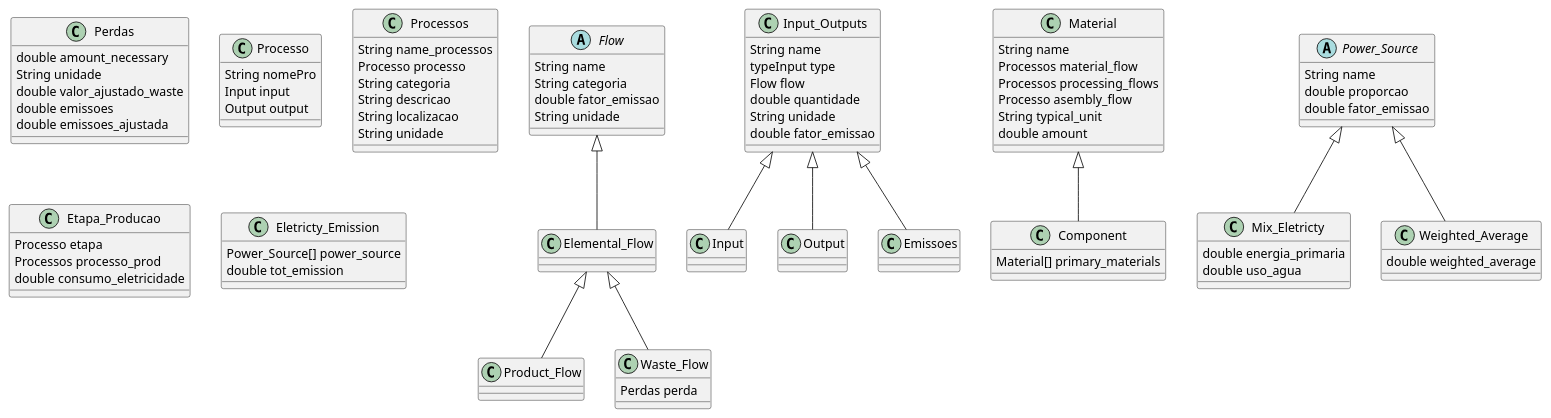
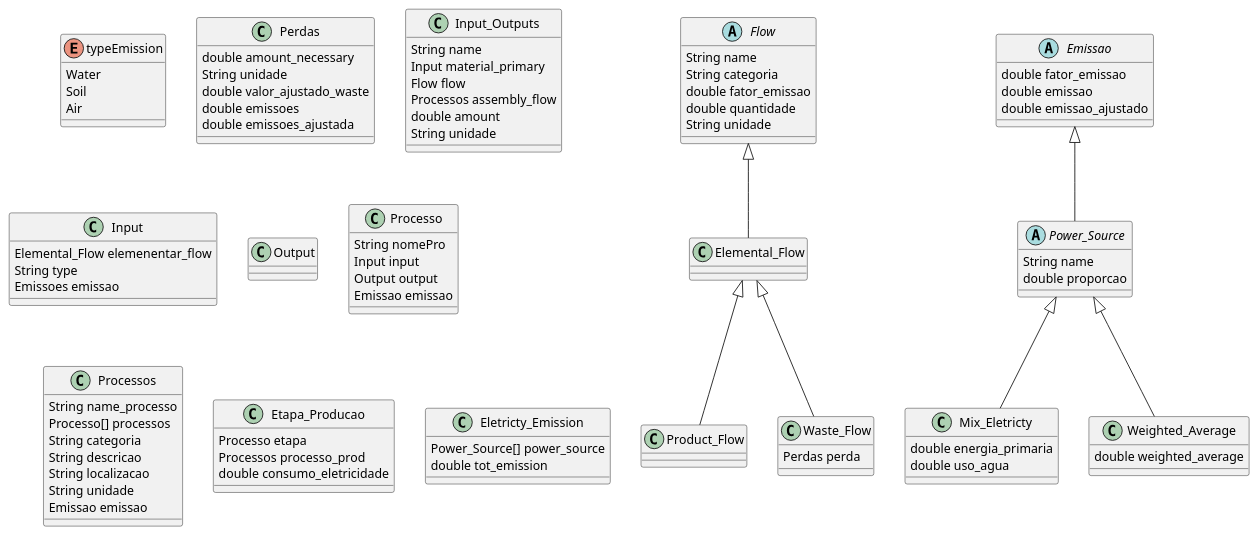
One commit to ArturESTG/DiagramasESIITrabalho changed the diagram in DiagramaAtividade/DiagramaAtividade.plantuml. Above: the diagram before and after it, drawn with PlantUML.

```diff
--- a/DiagramaAtividade/DiagramaAtividade.plantuml
+++ b/DiagramaAtividade/DiagramaAtividade.plantuml
@@ -1,155 +1,172 @@
 @startuml
+/'Inicio das enums'/
+enum typeEmission {
+    Water
+    Soil
+    Air
+}
+/'Fim das enums'/
+
 
 /'Inico das classes'/
 
 abstract class Flow {
     String name
     String categoria
     double fator_emissao
+    double quantidade
     String unidade
 }
 
 /'Nota o elemenentar flow tanto pode ser um input
 ou output'/
 class Elemental_Flow extends Flow{
 
 }
 
 /'Ocorre entre processos, ou'/
 class Product_Flow extends Elemental_Flow {
 
 }
 
 /'
 Corresponde as substancias/ objetos que serao
 "alienados" de alguma forma
 '/
 class Waste_Flow extends Elemental_Flow {
     Perdas perda
 }
 
 class Perdas {
     double amount_necessary
     String unidade
     double valor_ajustado_waste
     double emissoes
     double emissoes_ajustada
 }
 
 /' Aqui guarda os Fluxos de entrada e de saida
 Os de entrada corresponde a tudo o que entra para produzir
 o produto
 Os fluxos de saida a tudo o gerado pela produção
 
 O fator_emissão não até que ponto pode estar cá
-'/
+
 class Input_Outputs {
     String name
     typeInput type 
     Flow flow
     double quantidade 
     String unidade
     double fator_emissao
 }
+'/
+class Input_Outputs {
+    String name
+    Input material_primary
+    Flow flow
+    Processos assembly_flow 
+    double amount 
+    String unidade
+}
 
-class Input extends Input_Outputs {
+/'Representas os mateirais a utilizar e outros elementos, tipo energia,
+agua, etc
+
+O elementarl Flow, é porque o input tanto pode ser uma energia ou 
+recurso naturais
+O type é para saber se é energia ou materia-prima
+A classe perdas é para saver as perdas relacionadas com o input
+'/
+class Input  {
+    Elemental_Flow elemenentar_flow
+    String type
+    Emissoes emissao
+}
+
+class Output  {
 
 }
 
-class Output extends Input_Outputs {
-
-}
-
-/'Esta probavelmente e desnecessária'/
-class Emissoes extends Input_Outputs {
-
-}
 
 /'Esta classe seria um processo unitário
 
 Segundo a figura 2 - Processo, Fluxos e Sistema
 cada processo tem um input e um output
 '/
 class Processo {
     String nomePro
     Input input
     Output output
+    Emissao emissao
 }
 
 /'
 Este classe representa um processo agregado
 
 Ver se o name_processos é necessário
+A classe emissão aqui é para guardar a poluição total do processo
 '/
 class Processos {
-    String name_processos
-    Processo processo
+    String name_processo
+    Processo[] processos
     String categoria
     String descricao
     String localizacao
     String unidade
+    Emissao emissao
 }
 
 class Etapa_Producao {
     Processo etapa
     Processos processo_prod
     double consumo_eletricidade
 }
 
 /'Classes a repensar'/
 
 /'
-Provavelemente só é preciso 1 class 
-'/
-class Material {
-    String name
-    Processos material_flow
-    Processos processing_flows
-    Processo asembly_flow
-    String typical_unit
-    double amount
-}
-
-class Component extends Material {
-    Material[] primary_materials 
-} 
-
-/'
 Tabela para o calculo de CO2e 
 '/
 /'
 Não sei se por ser abstrata irá dar problemas 
 proporcao --> %
 fator emissao --> kgCO₂e/kWh
 '/
 
-abstract class Power_Source {
+/'Esta probavelmente e desnecessária'/
+abstract class Emissao {
+    double fator_emissao
+    double emissao
+    double emissao_ajustado
+}
+
+abstract class Power_Source extends Emissao{
     String name
     double proporcao 
-    double fator_emissao
 }
 
 /'Energia Primaria --> MJ/kWh
 uso de agua --> litros/kWh'/
 class Mix_Eletricty extends Power_Source {
     double energia_primaria
     double uso_agua
 }
 
 class Weighted_Average extends Power_Source {
     double weighted_average
 }
 
 /'
 Esta classe serve para calcular o valor total
 de emissao de kgCo2e/kWh, para quando a empresa
 fornece todos os gasto ou quando não temos acesso
 a eles
 '/
 class Eletricty_Emission {
     Power_Source[] power_source
     double tot_emission
 }
 
 /' das classes'/
 @enduml
```
